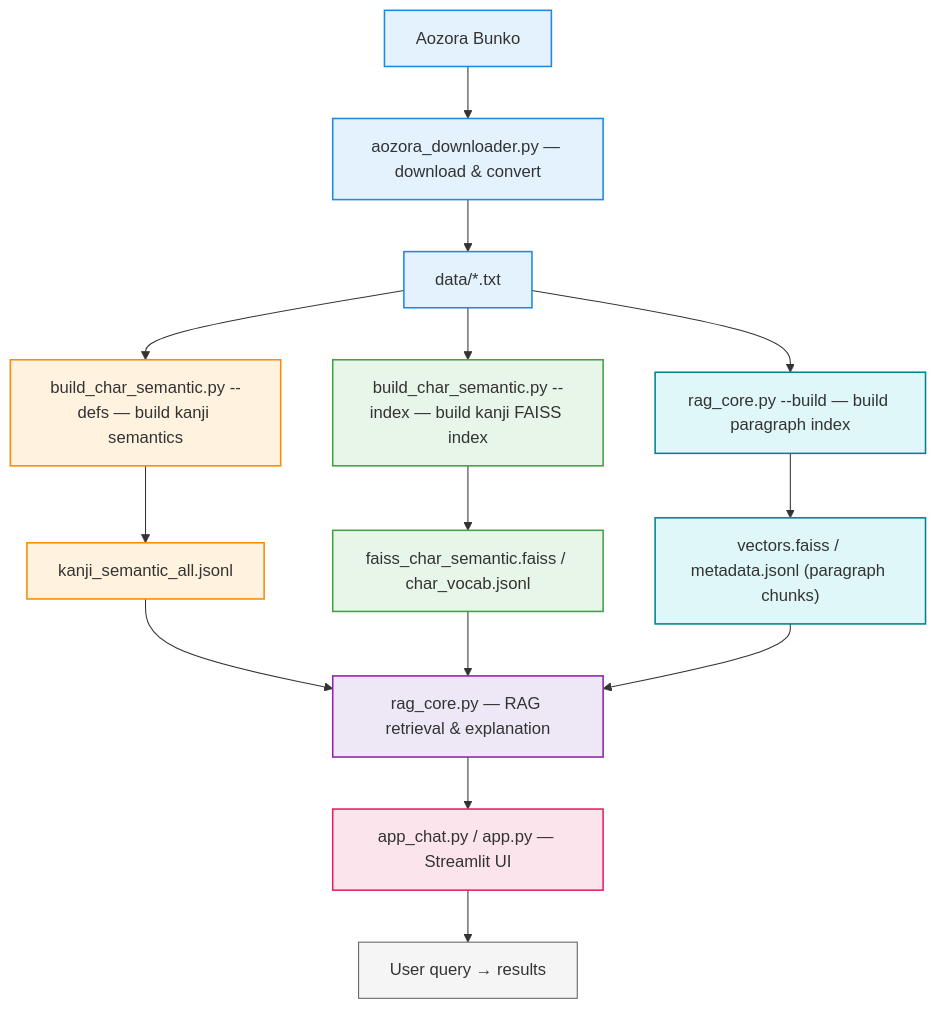
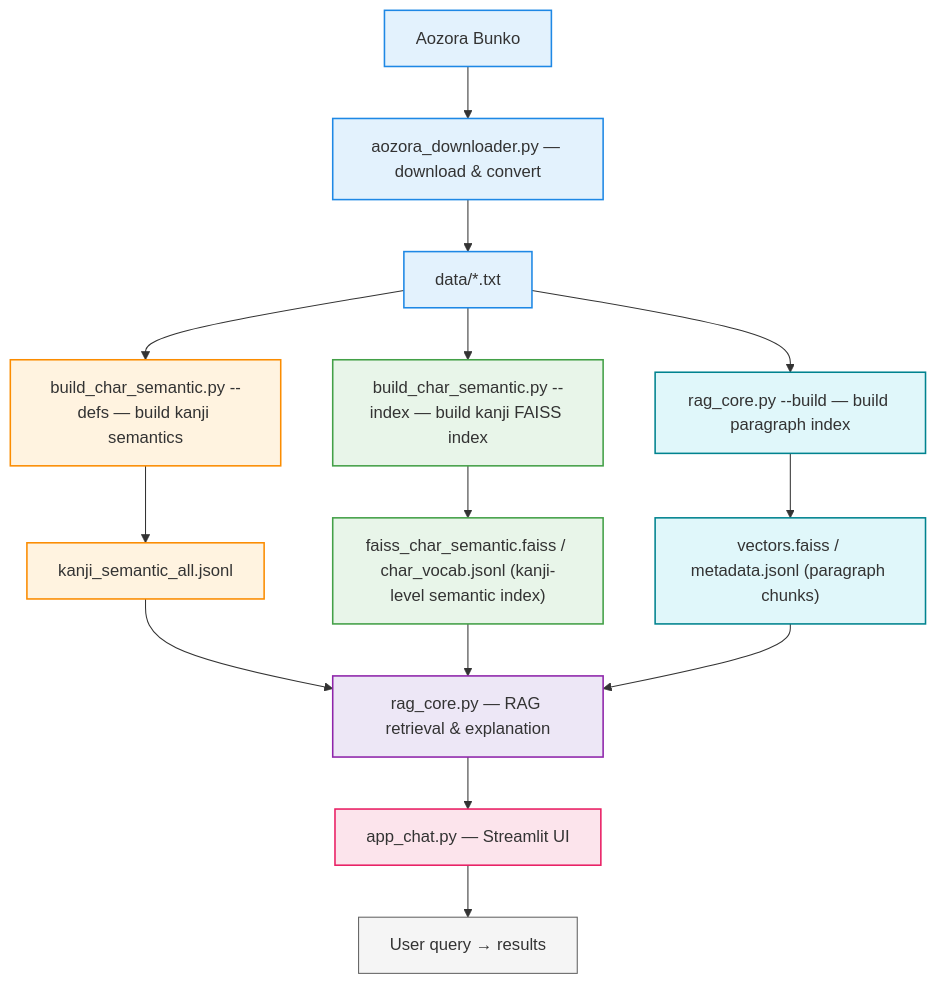
Before and after one commit to ying79/DH: the diagram in README.md, drawn with Mermaid.

Commit message:
add config.yaml to README

````diff
--- a/README.md
+++ b/README.md
@@ -92,36 +92,36 @@
 ```mermaid
 flowchart TD
 
     %% ---------- Node Styles ----------
     classDef down fill:#e3f2fd,stroke:#1e88e5,stroke-width:1.5px;
     classDef build fill:#fff3e0,stroke:#fb8c00,stroke-width:1.5px;
     classDef index fill:#e8f5e9,stroke:#43a047,stroke-width:1.5px;
     classDef para fill:#e0f7fa,stroke:#00838f,stroke-width:1.5px;
     classDef rag fill:#ede7f6,stroke:#8e24aa,stroke-width:1.5px;
     classDef ui fill:#fce4ec,stroke:#e91e63,stroke-width:1.5px;
     classDef user fill:#f5f5f5,stroke:#616161,stroke-width:1px;
 
     %% ---------- Flow ----------
     A["Aozora Bunko"]:::down --> B["aozora_downloader.py — download & convert"]:::down
     B --> C["data/*.txt"]:::down
 
     %% ---- char-level semantic workflow ----
     C --> D["build_char_semantic.py --defs — build kanji semantics"]:::build
     D --> E["kanji_semantic_all.jsonl"]:::build
     
     C --> F["build_char_semantic.py --index — build kanji FAISS index"]:::index
-    F --> G["faiss_char_semantic.faiss / char_vocab.jsonl"]:::index
+    F --> G["faiss_char_semantic.faiss / char_vocab.jsonl (kanji-level semantic index)"]:::index
 
     %% ---- paragraph-level RAG index ----
     C --> K["rag_core.py --build — build paragraph index"]:::para
     K --> L["vectors.faiss / metadata.jsonl (paragraph chunks)"]:::para
 
     %% ---- combine into RAG ----
     E --> H["rag_core.py — RAG retrieval & explanation"]:::rag
     G --> H
     L --> H
 
-    H --> I["app_chat.py / app.py — Streamlit UI"]:::ui
+    H --> I["app_chat.py — Streamlit UI"]:::ui
     I --> J["User query → results"]:::user
 
 ```
````
